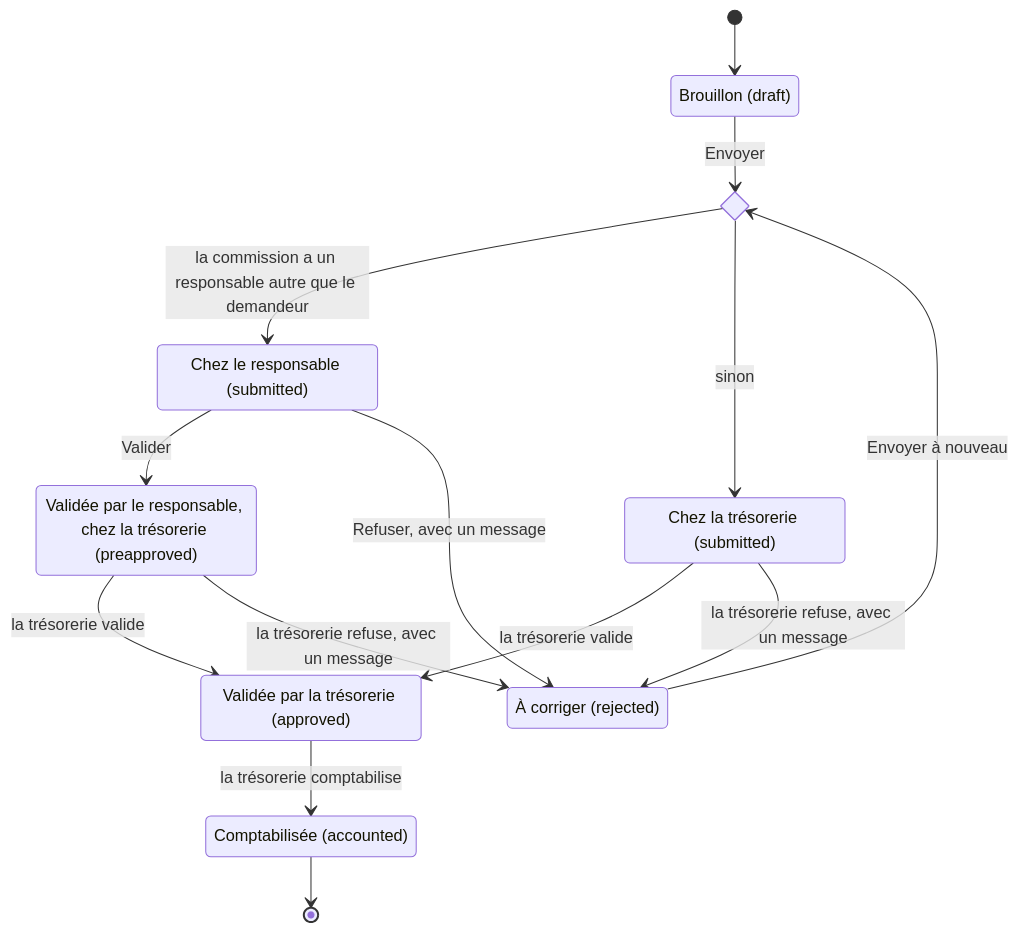
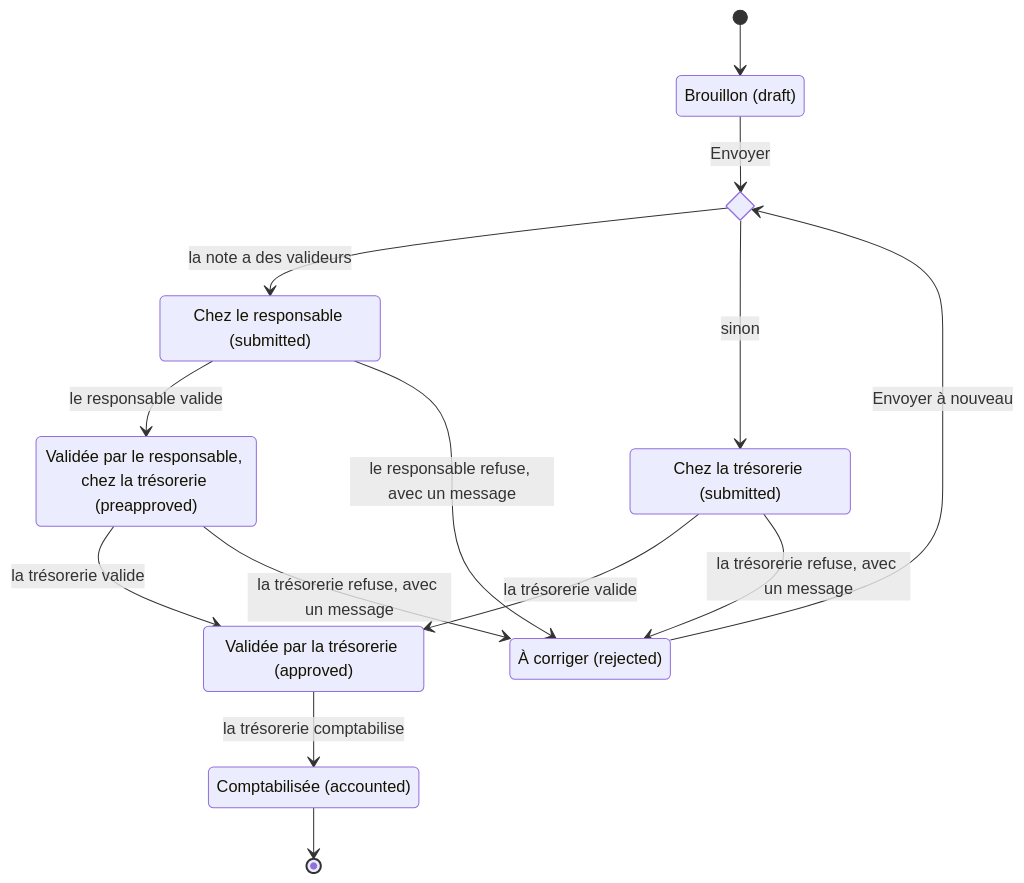
One commit to Club-Alpin-Lyon-Villeurbanne/plateforme-club-alpin changed the diagram in docs/notes-de-frais.md. Above: the diagram before and after it, drawn with Mermaid. The commit also changed other lines of this file and 3 other files, not shown here.

````diff
--- a/docs/notes-de-frais.md
+++ b/docs/notes-de-frais.md
@@ -47,25 +43,25 @@
 ```mermaid
 stateDiagram-v2
     state "Brouillon (draft)" as brouillon
     state envoi <<choice>>
     state "Chez le responsable (submitted)" as responsable
     state "Chez la trésorerie (submitted)" as tresorerie
     state "Validée par le responsable, chez la trésorerie (preapproved)" as prevalidee
     state "À corriger (rejected)" as corriger
     state "Validée par la trésorerie (approved)" as validee
     state "Comptabilisée (accounted)" as comptabilisee
 
     [*] --> brouillon
     brouillon --> envoi : Envoyer
     corriger --> envoi : Envoyer à nouveau
-    envoi --> responsable : la commission a un responsable autre que le demandeur
+    envoi --> responsable : la note a des valideurs
     envoi --> tresorerie : sinon
-    responsable --> prevalidee : Valider
-    responsable --> corriger : Refuser, avec un message
+    responsable --> prevalidee : le responsable valide
+    responsable --> corriger : le responsable refuse, avec un message
     prevalidee --> validee : la trésorerie valide
     prevalidee --> corriger : la trésorerie refuse, avec un message
     tresorerie --> validee : la trésorerie valide
     tresorerie --> corriger : la trésorerie refuse, avec un message
     validee --> comptabilisee : la trésorerie comptabilise
     comptabilisee --> [*]
 ```
````
